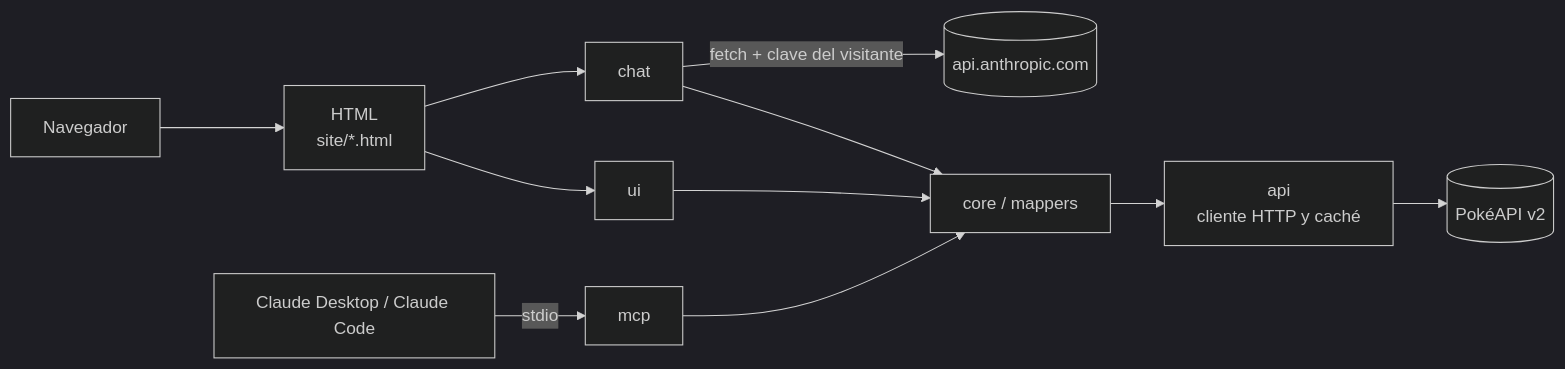
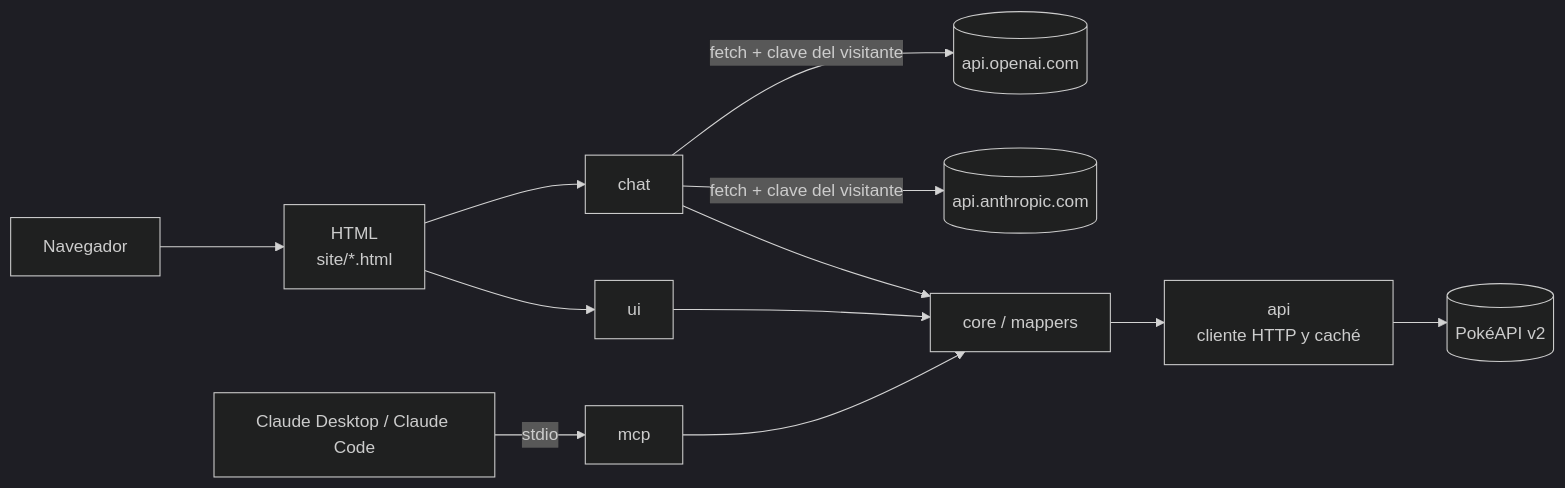
One commit to RenzoRamosDEV/Pokedex-Retro changed the diagram in README.md. Above: the diagram before and after it, drawn with Mermaid (dark theme). The commit also changed other lines of this file and 2 other files, not shown here.

Commit message:
docs: documenta el chat con OpenAI en README y arquitectura

````diff
--- a/README.md
+++ b/README.md
@@ -22,13 +22,14 @@
 ```mermaid
 flowchart LR
   navegador["Navegador"] --> html["HTML<br/>site/*.html"]
   html --> ui["ui"]
   ui --> core["core / mappers"]
   html --> chat["chat"]
   chat --> core
   chat -->|fetch + clave del visitante| anthropic[("api.anthropic.com")]
+  chat -->|fetch + clave del visitante| openai[("api.openai.com")]
   claude["Claude Desktop / Claude Code"] -->|stdio| mcp["mcp"]
   mcp --> core
   core --> api["api<br/>cliente HTTP y caché"]
   api --> pokeapi[("PokéAPI v2")]
 ```
````
